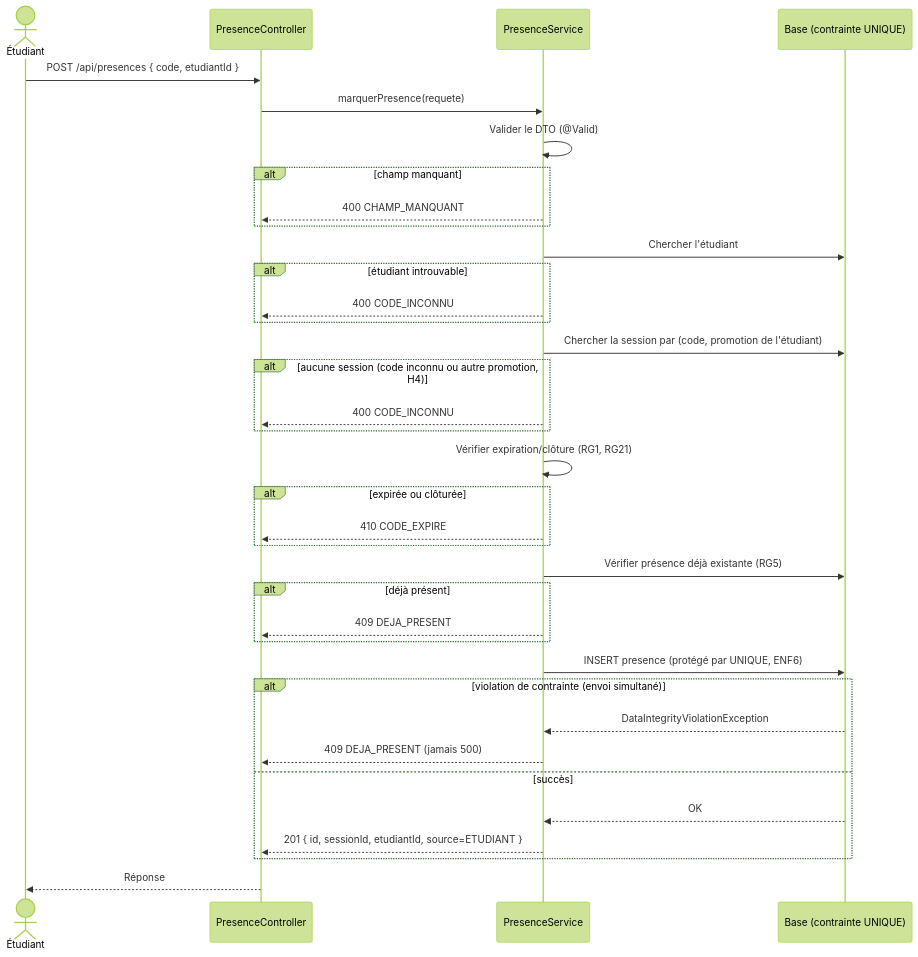
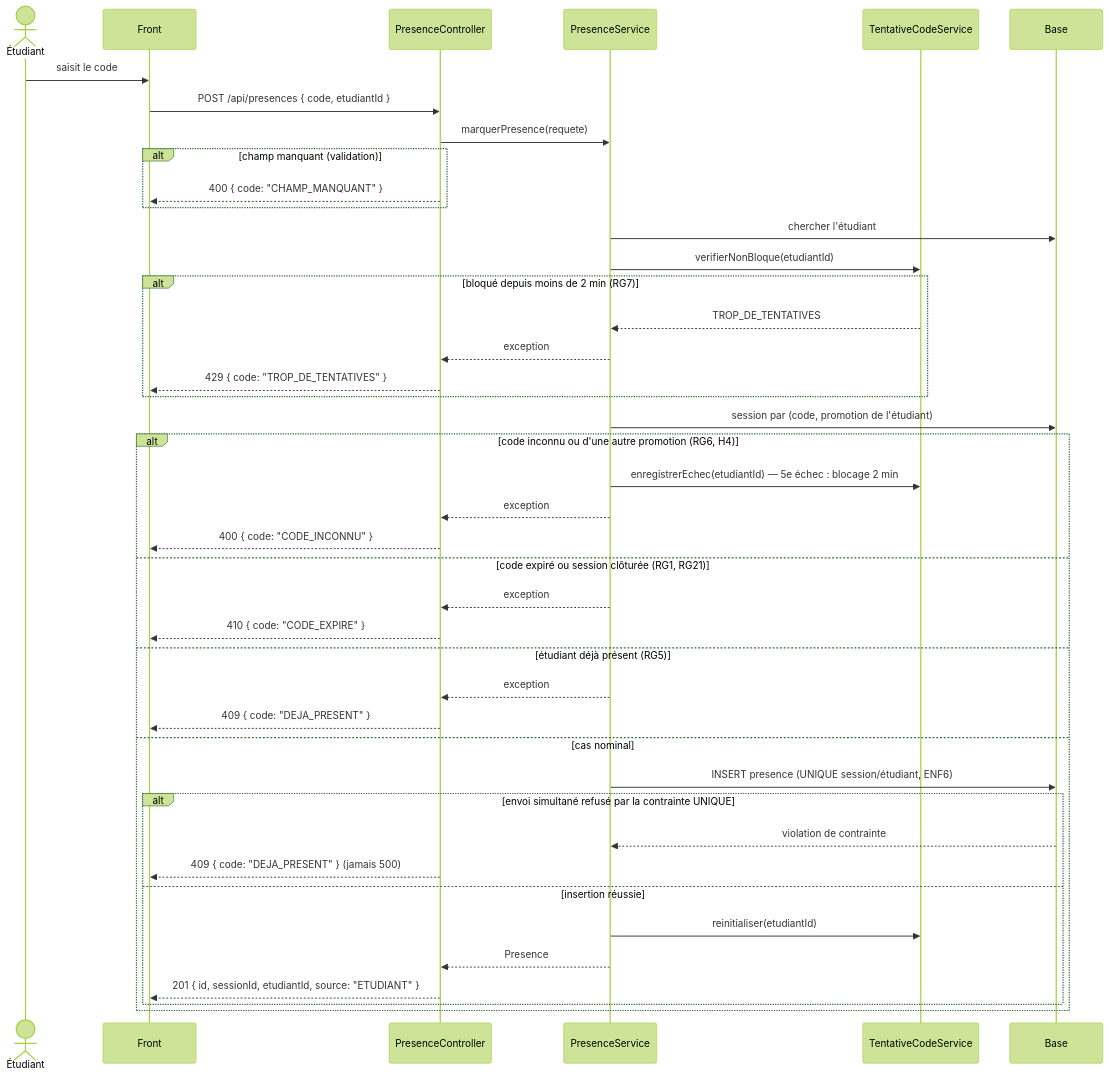
One commit to DevNet8057/kfokam48-epreuve-228 changed the diagram in docs/diagrammes/D3_sequence_presence.md. Above: the diagram before and after it, drawn with Mermaid (forest theme). The commit also changed other lines of this file, not shown here.

Commit message:
K48-11 Mettre D3 a jour : verification du blocage avant la recherche du code (RG7)

````diff
--- a/docs/diagrammes/D3_sequence_presence.md
+++ b/docs/diagrammes/D3_sequence_presence.md
@@ -5,39 +10,45 @@
 ```mermaid
 sequenceDiagram
     actor E as Étudiant
-    participant C as PresenceController
+    participant F as Front
+    participant API as PresenceController
     participant S as PresenceService
-    participant DB as Base (contrainte UNIQUE)
+    participant T as TentativeCodeService
+    participant DB as Base
 
-    E->>C: POST /api/presences { code, etudiantId }
-    C->>S: marquerPresence(requete)
-    S->>S: Valider le DTO (@Valid)
-    alt champ manquant
-        S-->>C: 400 CHAMP_MANQUANT
+    E->>F: saisit le code
+    F->>API: POST /api/presences { code, etudiantId }
+    API->>S: marquerPresence(requete)
+    alt champ manquant (validation)
+        API-->>F: 400 { code: "CHAMP_MANQUANT" }
     end
-    S->>DB: Chercher l'étudiant
-    alt étudiant introuvable
-        S-->>C: 400 CODE_INCONNU
+    S->>DB: chercher l'étudiant
+    S->>T: verifierNonBloque(etudiantId)
+    alt bloqué depuis moins de 2 min (RG7)
+        T-->>S: TROP_DE_TENTATIVES
+        S-->>API: exception
+        API-->>F: 429 { code: "TROP_DE_TENTATIVES" }
     end
-    S->>DB: Chercher la session par (code, promotion de l'étudiant)
-    alt aucune session (code inconnu ou autre promotion, H4)
-        S-->>C: 400 CODE_INCONNU
+    S->>DB: session par (code, promotion de l'étudiant)
+    alt code inconnu ou d'une autre promotion (RG6, H4)
+        S->>T: enregistrerEchec(etudiantId) — 5e échec : blocage 2 min
+        S-->>API: exception
+        API-->>F: 400 { code: "CODE_INCONNU" }
+    else code expiré ou session clôturée (RG1, RG21)
+        S-->>API: exception
+        API-->>F: 410 { code: "CODE_EXPIRE" }
+    else étudiant déjà présent (RG5)
+        S-->>API: exception
+        API-->>F: 409 { code: "DEJA_PRESENT" }
+    else cas nominal
+        S->>DB: INSERT presence (UNIQUE session/étudiant, ENF6)
+        alt envoi simultané refusé par la contrainte UNIQUE
+            DB-->>S: violation de contrainte
+            API-->>F: 409 { code: "DEJA_PRESENT" } (jamais 500)
+        else insertion réussie
+            S->>T: reinitialiser(etudiantId)
+            S-->>API: Presence
+            API-->>F: 201 { id, sessionId, etudiantId, source: "ETUDIANT" }
+        end
     end
-    S->>S: Vérifier expiration/clôture (RG1, RG21)
-    alt expirée ou clôturée
-        S-->>C: 410 CODE_EXPIRE
-    end
-    S->>DB: Vérifier présence déjà existante (RG5)
-    alt déjà présent
-        S-->>C: 409 DEJA_PRESENT
-    end
-    S->>DB: INSERT presence (protégé par UNIQUE, ENF6)
-    alt violation de contrainte (envoi simultané)
-        DB-->>S: DataIntegrityViolationException
-        S-->>C: 409 DEJA_PRESENT (jamais 500)
-    else succès
-        DB-->>S: OK
-        S-->>C: 201 { id, sessionId, etudiantId, source=ETUDIANT }
-    end
-    C-->>E: Réponse
 ```
````
